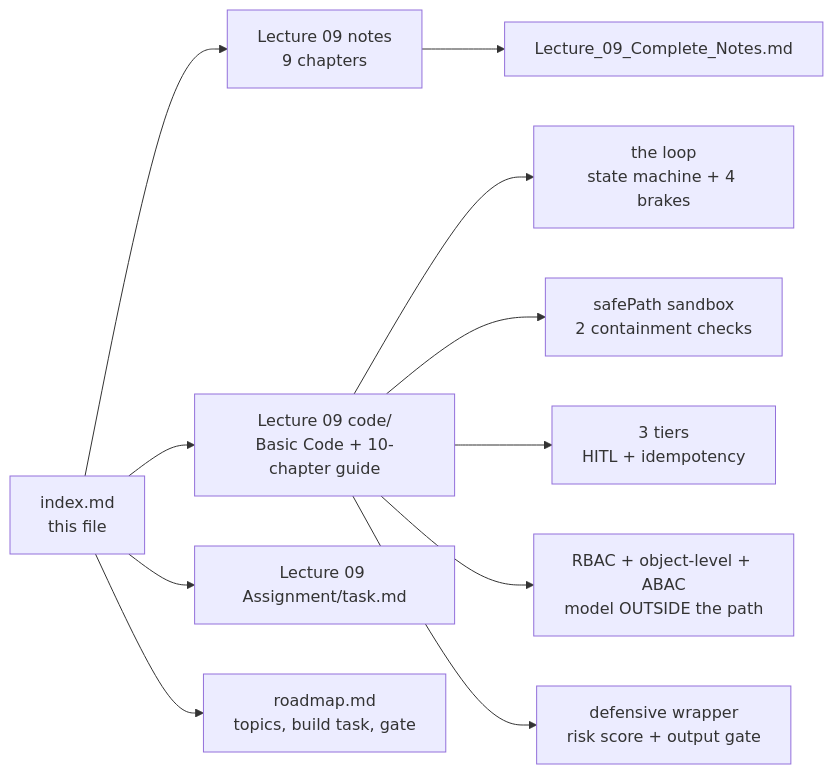
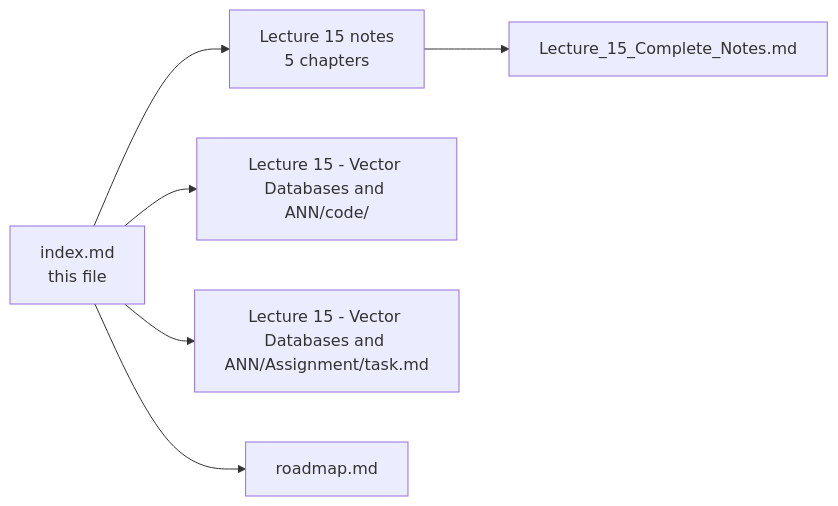
Diagram 15 of 24 in index.md (Amie-dev/FDE-and-GenAI-Mastery), drawn with Mermaid before and after one commit. The commit also changed other lines of this file, not shown here.

Commit message:
Implement code changes to enhance functionality and improve performance

````diff
--- a/index.md
+++ b/index.md
@@ -600,13 +637,8 @@
 ```mermaid
 flowchart LR
-    IDX["index.md<br/>this file"] --> L9["Lecture 09 notes<br/>9 chapters"]
-    L9 --> CN["Lecture_09_Complete_Notes.md"]
-    IDX --> CODE["Lecture 09 code/<br/>Basic Code + 10-chapter guide"]
-    IDX --> ASG["Lecture 09 Assignment/task.md"]
-    IDX --> RM["roadmap.md<br/>topics, build task, gate"]
-    CODE --> LOOP["the loop<br/>state machine + 4 brakes"]
-    CODE --> SBX["safePath sandbox<br/>2 containment checks"]
-    CODE --> TIER["3 tiers<br/>HITL + idempotency"]
-    CODE --> AUTHZ["RBAC + object-level + ABAC<br/>model OUTSIDE the path"]
-    CODE --> WRAP["defensive wrapper<br/>risk score + output gate"]
+    IDX["index.md<br/>this file"] --> L15["Lecture 15 notes<br/>5 chapters"]
+    L15 --> CN["Lecture_15_Complete_Notes.md"]
+    IDX --> CODE["Lecture 15 - Vector Databases and ANN/code/"]
+    IDX --> ASG["Lecture 15 - Vector Databases and ANN/Assignment/task.md"]
+    IDX --> RM["roadmap.md"]
 ```
````
